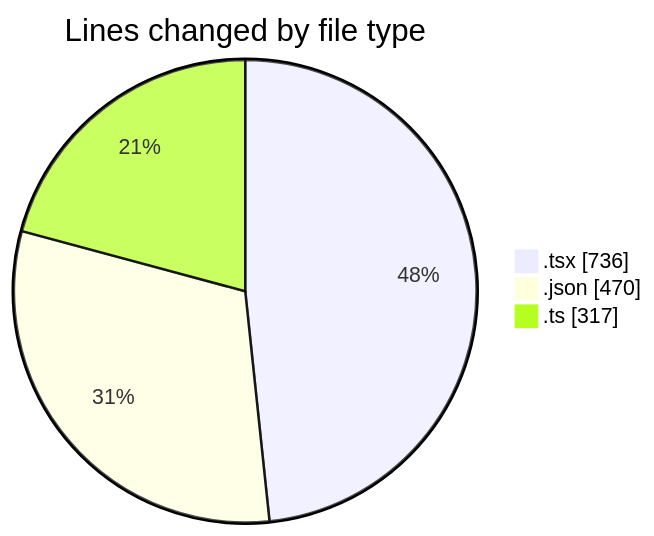
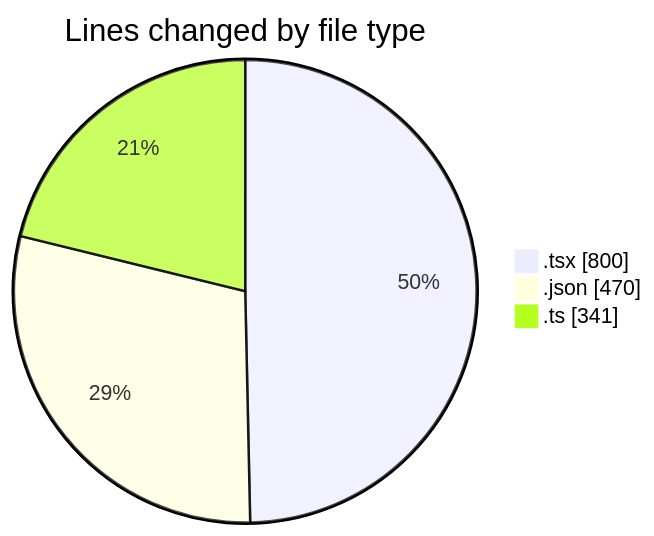
One commit to Elitesun/code-tracking changed the first of 2 diagrams in 2025-04-30/niten/README.md. Above: the diagram before and after it, drawn with Mermaid. The commit also changed other lines of this file and 1 other file, not shown here.

````diff
--- a/2025-04-30/niten/README.md
+++ b/2025-04-30/niten/README.md
@@ -46,7 +46,7 @@
 ```mermaid
 pie showData
 title Lines changed by file type
-".tsx" : 736
+".tsx" : 800
 ".json" : 470
-".ts" : 317
+".ts" : 341
 ```
````
